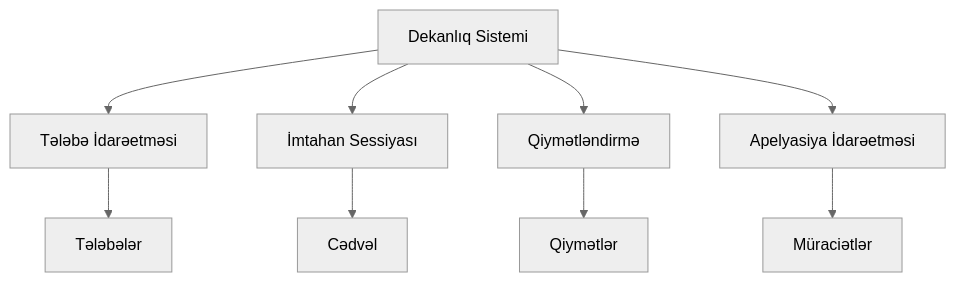
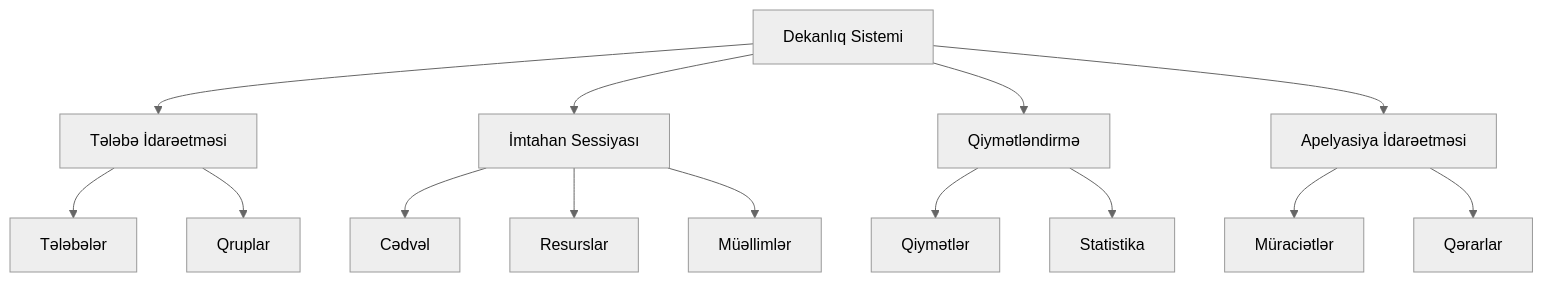
The second of 3 diagrams in README.md (nicefaa6waa/dean_office_sql), drawn with Mermaid (neutral theme) before and after one commit. The commit also changed other lines of this file, not shown here.

````diff
--- a/README.md
+++ b/README.md
@@ -158,14 +412,23 @@
 ```mermaid
 graph TD
     DS[Dekanlıq Sistemi]
     
     DS --> SM[Tələbə İdarəetməsi]
     DS --> ES[İmtahan Sessiyası]
     DS --> GM[Qiymətləndirmə]
     DS --> AM[Apelyasiya İdarəetməsi]
     
     SM --> S[Tələbələr]
+    SM --> G[Qruplar]
+    
     ES --> SCH[Cədvəl]
-    GM --> G[Qiymətlər]
+    ES --> R[Resurslar]
+    ES --> T[Müəllimlər]
+    
+    GM --> GR[Qiymətlər]
+    GM --> ST[Statistika]
+    
     AM --> A[Müraciətlər]
+    AM --> D[Qərarlar]
+
 ```
````
